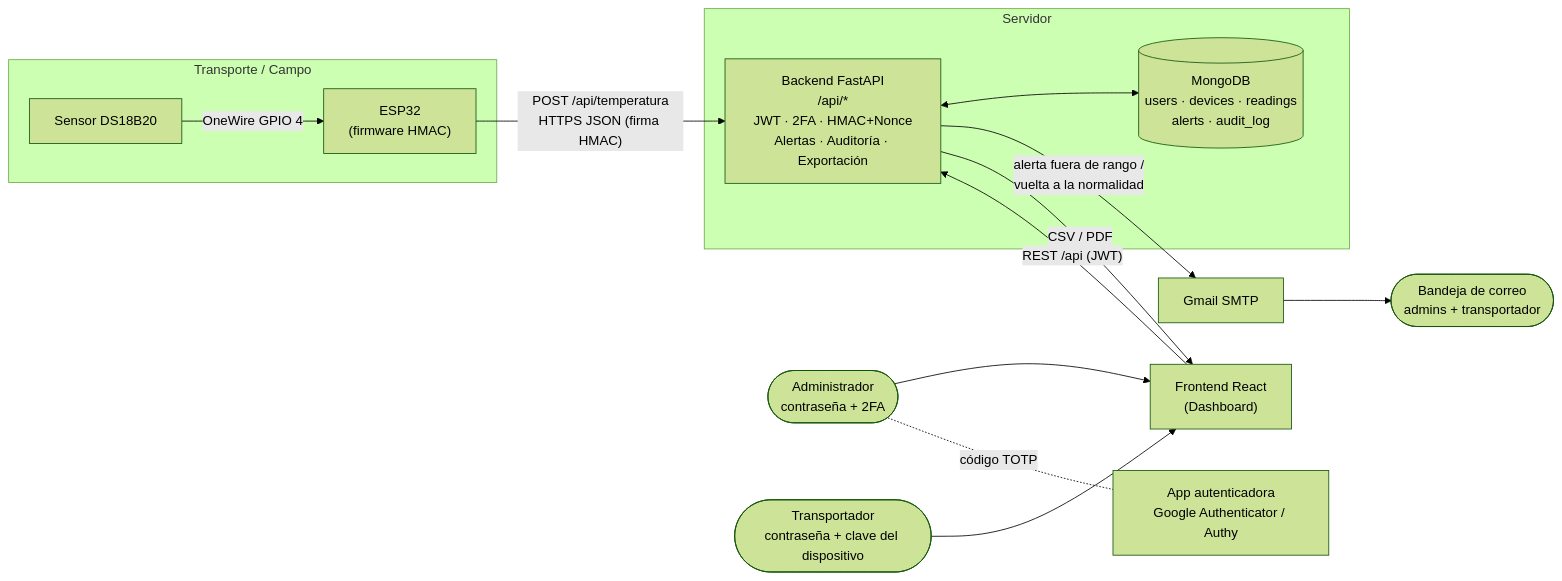
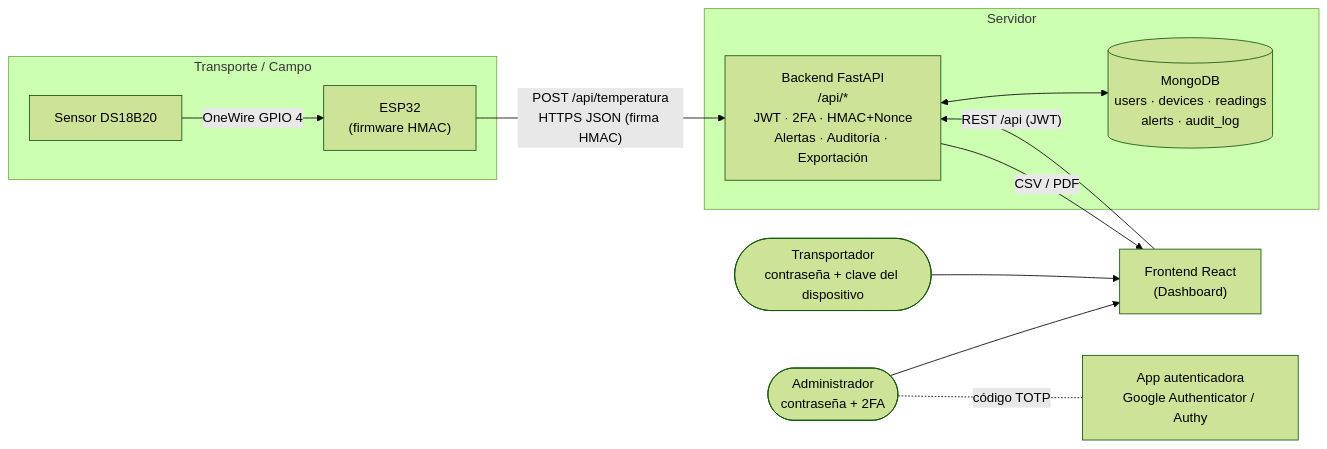
Before and after one commit to edubanpinto-arch/Proyect-Formulacion: the diagram in README.md, drawn with Mermaid (forest theme). The commit also changed other lines of this file and 8 other files, not shown here.

````diff
--- a/README.md
+++ b/README.md
@@ -21,27 +20,24 @@
 ```mermaid
 flowchart LR
     subgraph Campo["Transporte / Campo"]
         S["Sensor DS18B20"] -- OneWire GPIO 4 --> E["ESP32<br/>(firmware HMAC)"]
     end
 
     subgraph Servidor["Servidor"]
         API["Backend FastAPI<br/>/api/*<br/>JWT · 2FA · HMAC+Nonce<br/>Alertas · Auditoría · Exportación"]
         DB[("MongoDB<br/>users · devices · readings<br/>alerts · audit_log")]
         API <--> DB
     end
 
     WEB["Frontend React<br/>(Dashboard)"]
     ADM(["Administrador<br/>contraseña + 2FA"])
     TRA(["Transportador<br/>contraseña + clave del dispositivo"])
     TOTP["App autenticadora<br/>Google Authenticator / Authy"]
-    GM["Gmail SMTP"]
-    INBOX(["Bandeja de correo<br/>admins + transportador"])
 
     E -- "POST /api/temperatura<br/>HTTPS JSON (firma HMAC)" --> API
     ADM --> WEB
     TRA --> WEB
     WEB -- "REST /api (JWT)" --> API
     ADM -. código TOTP .- TOTP
-    API -- "alerta fuera de rango /<br/>vuelta a la normalidad" --> GM --> INBOX
     API -- "CSV / PDF" --> WEB
 ```
````
